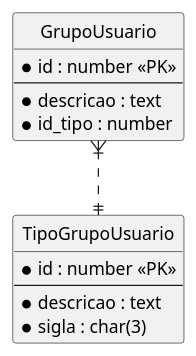
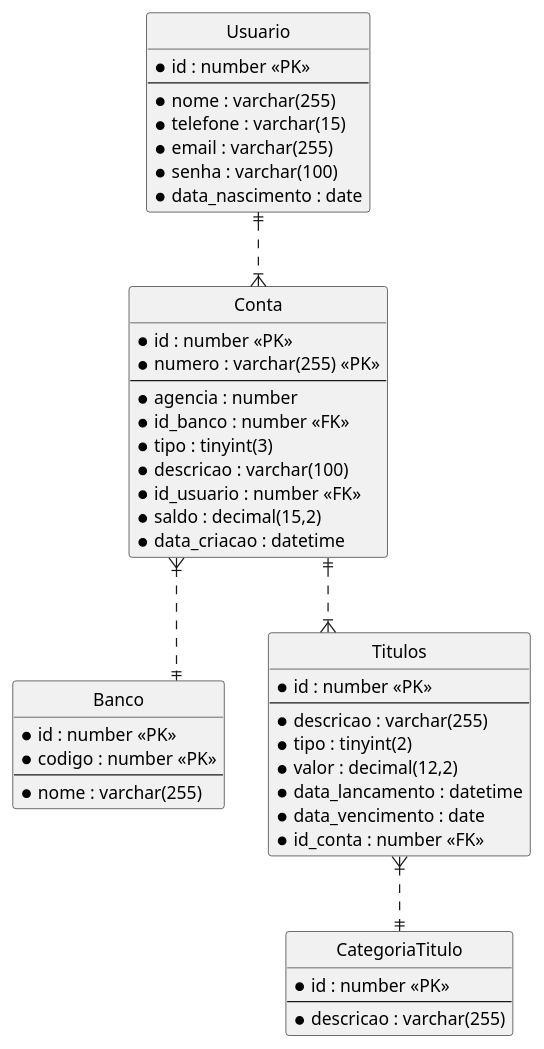
Before and after one commit to fnascimentods/cash-admin: the diagram in files/der/cash-admin.plantuml, drawn with PlantUML.

Commit message:
Criação das demais tabelas do DER

```diff
--- a/files/der/cash-admin.plantuml
+++ b/files/der/cash-admin.plantuml
@@ -1,25 +1,88 @@
 @startuml
 
 ' hide the spot
 hide circle
 
 ' avoid problems with angled crows feet
 skinparam linetype ortho
 
-entity "TipoGrupoUsuario" as tipogrupousuario {
+' entity "TipoGrupoUsuario" as tipogrupousuario {
+'  *id : number <<PK>>
+'  --
+'  *sigla : char(3) <<PK>>
+'  *descricao : vachar(100)
+' }
+
+' entity "GrupoUsuario" as grupousuario {
+'  *id : number <<PK>>
+'  --
+'  *id_tipo : number <<FK>>
+'  *descricao : varchar(100)
+' }
+
+entity "Usuario" as usuario {
   *id : number <<PK>>
   --
-  *descricao : text
-  *sigla : char(3)
+  *nome : varchar(255)
+  *telefone : varchar(15)
+  *email : varchar(255)
+  *senha : varchar(100)
+  *data_nascimento : date
+'  *grupo : number <<FK>>
 }
 
-entity "GrupoUsuario" as grupousuario {
+' entity "TipoConta" as tipoconta {
+'  *id : number <<PK>>
+'  --
+'  *tipo : tinyint(3) <<PK>>
+'  *descricao : varchar(100)
+' }
+
+entity "Conta" as conta {
+  *id : number <<PK>>
+  *numero : varchar(255) <<PK>>
+  --
+  *agencia : number
+  *id_banco : number <<FK>>
+  *tipo : tinyint(3)
+  *descricao : varchar(100)
+  *id_usuario : number <<FK>>
+  *saldo : decimal(15,2)
+  *data_criacao : datetime
+}
+
+
+entity "Banco" as banco {
+  *id : number <<PK>>
+  *codigo : number <<PK>>
+  --
+  *nome : varchar(255)
+}
+
+
+entity "Titulos" as titulos {
   *id : number <<PK>>
   --
-  *descricao : text
-  *id_tipo : number
+  *descricao : varchar(255)
+  *tipo : tinyint(2)
+  *valor : decimal(12,2)
+  *data_lancamento : datetime
+  *data_vencimento : date
+  *id_conta : number <<FK>>
 }
 
-grupousuario }|..|| tipogrupousuario
+entity "CategoriaTitulo" as categoriatitulo {
+  *id : number <<PK>>
+  --
+  *descricao : varchar(255)
+}
+
+' grupousuario }|..|| tipogrupousuario
+' usuario }|..|| grupousuario
+' conta }|..|| tipoconta
+usuario ||..|{ conta
+conta }|..|| banco
+conta ||..|{ titulos
+titulos }|..|| categoriatitulo
 
 @enduml
```
